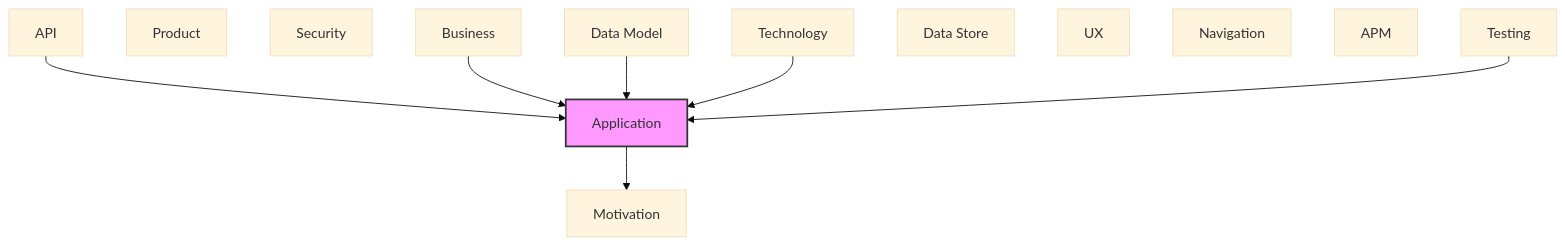
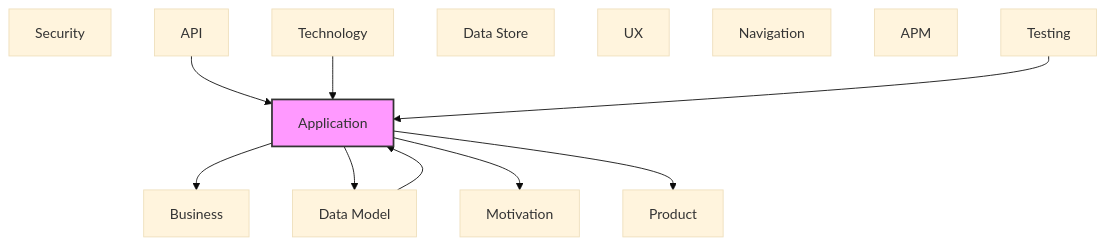
One commit to tinkermonkey/heimdall changed the diagram in documentation-robotics/reports/05-application-layer-report.md. Above: the diagram before and after it, drawn with Mermaid (base theme). The commit also changed other lines of this file and 41 other files, not shown here.

````diff
--- a/documentation-robotics/reports/05-application-layer-report.md
+++ b/documentation-robotics/reports/05-application-layer-report.md
@@ -70,24 +109,26 @@
 ```mermaid
 flowchart TB
   classDef current fill:#f9f,stroke:#333,stroke-width:2px
   motivation["Motivation"]
   business["Business"]
   product["Product"]
   security["Security"]
   application["Application"]
   technology["Technology"]
   api["API"]
   data_model["Data Model"]
   data_store["Data Store"]
   ux["UX"]
   navigation["Navigation"]
   apm["APM"]
   testing["Testing"]
   api --> application
+  application --> business
+  application --> data_model
   application --> motivation
-  business --> application
+  application --> product
   data_model --> application
   technology --> application
   testing --> application
   class application current
 ```
````
